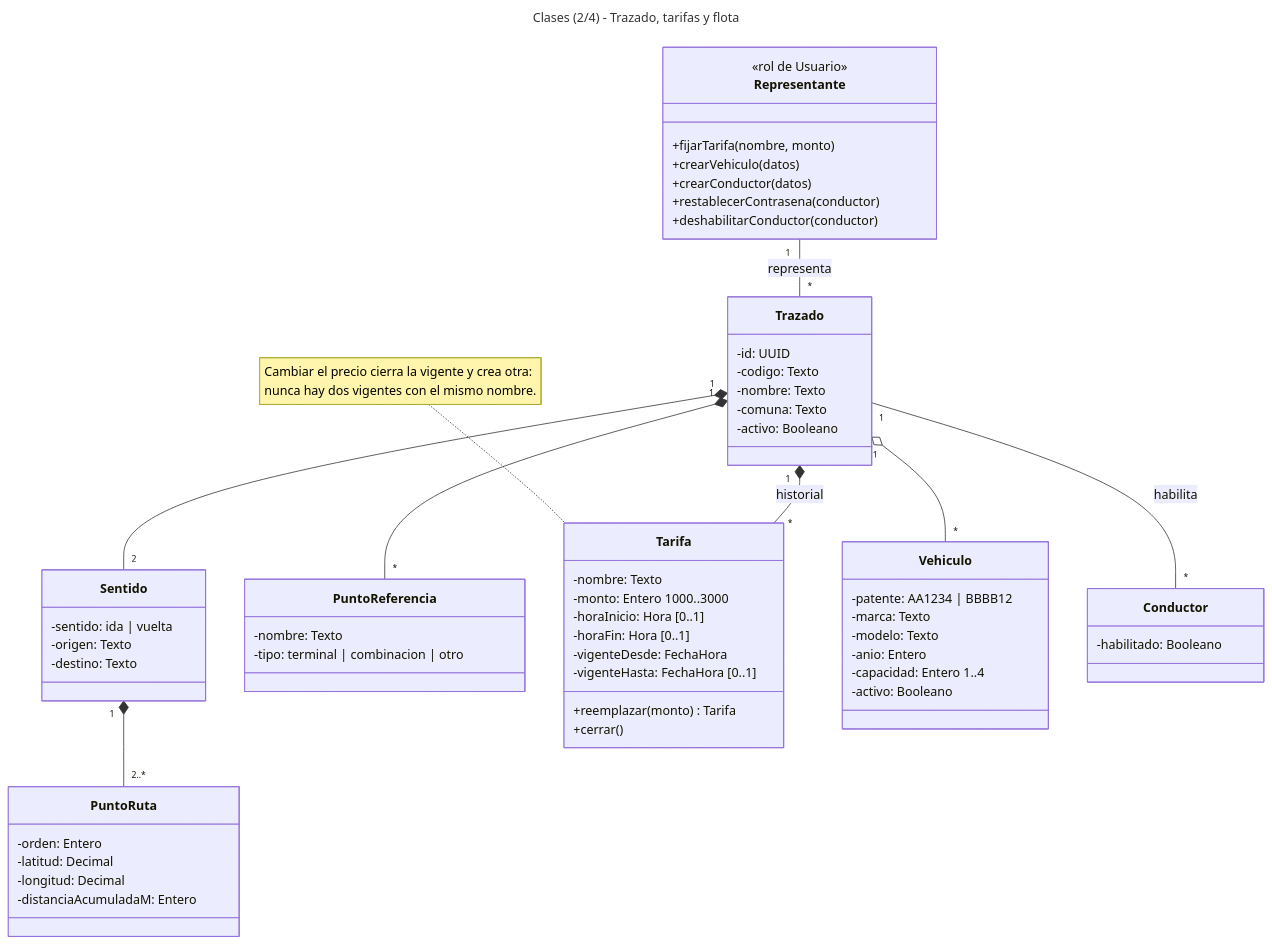
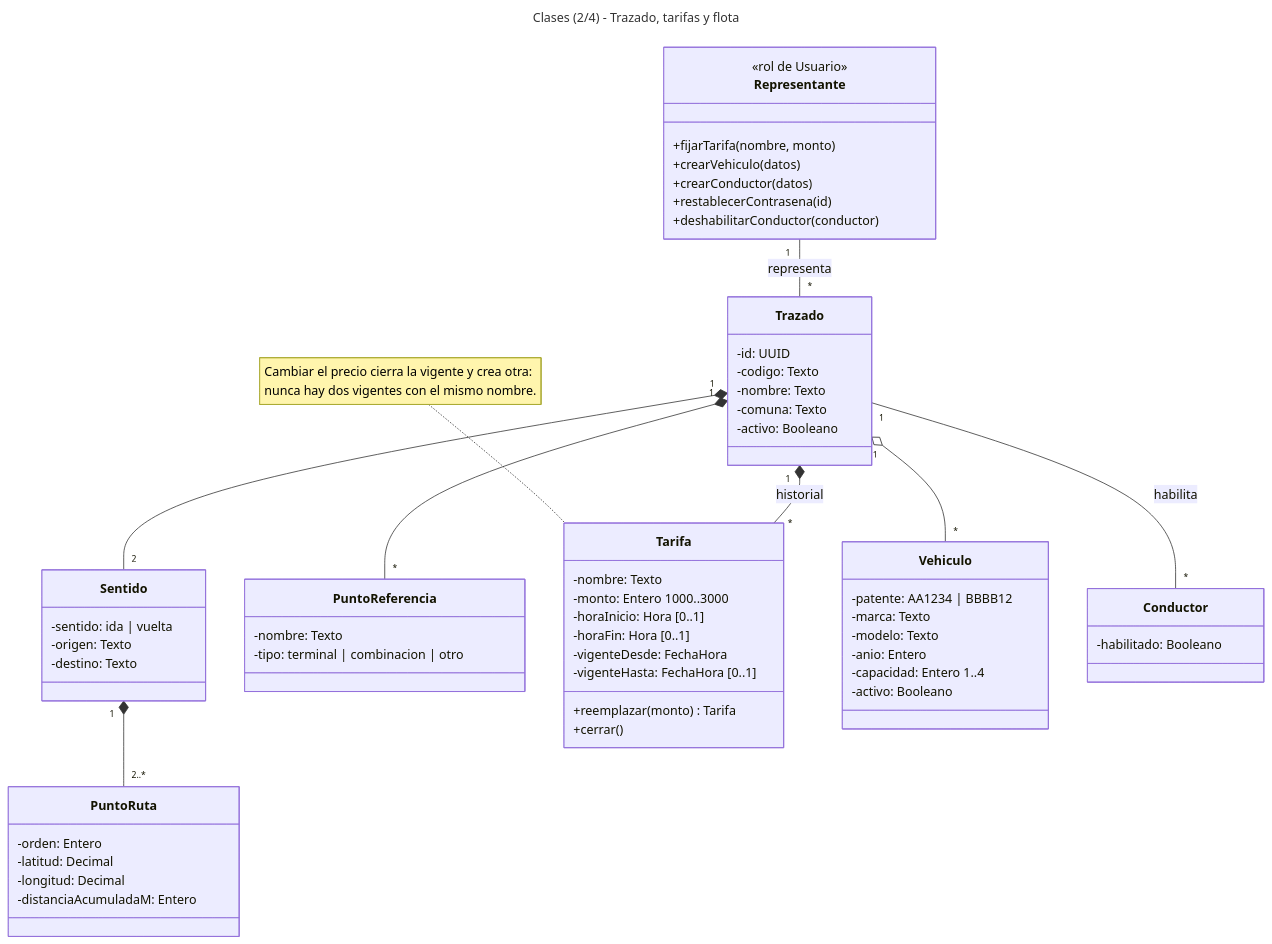
One commit to bejota64/colectivos changed the diagram in docs/uml/04-clases-trazado.mmd. Above: the diagram before and after it, drawn with Mermaid. The commit also changed 7 other files, not shown here.

Commit message:
Informe de la Eva 4 y diagramas UML mas legibles

```diff
--- a/docs/uml/04-clases-trazado.mmd
+++ b/docs/uml/04-clases-trazado.mmd
@@ -1,65 +1,65 @@
 ---
 title: Clases (2/4) - Trazado, tarifas y flota
 ---
 classDiagram
   direction TB
   class Trazado {
     -id: UUID
     -codigo: Texto
     -nombre: Texto
     -comuna: Texto
     -activo: Booleano
   }
   class Sentido {
     -sentido: ida | vuelta
     -origen: Texto
     -destino: Texto
   }
   class PuntoRuta {
     -orden: Entero
     -latitud: Decimal
     -longitud: Decimal
     -distanciaAcumuladaM: Entero
   }
   class PuntoReferencia {
     -nombre: Texto
     -tipo: terminal | combinacion | otro
   }
   class Tarifa {
     -nombre: Texto
     -monto: Entero 1000..3000
     -horaInicio: Hora [0..1]
     -horaFin: Hora [0..1]
     -vigenteDesde: FechaHora
     -vigenteHasta: FechaHora [0..1]
     +reemplazar(monto) Tarifa
     +cerrar()
   }
   class Vehiculo {
     -patente: AA1234 | BBBB12
     -marca: Texto
     -modelo: Texto
     -anio: Entero
     -capacidad: Entero 1..4
     -activo: Booleano
   }
   class Conductor {
     -habilitado: Booleano
   }
   class Representante {
     <<rol de Usuario>>
     +fijarTarifa(nombre, monto)
     +crearVehiculo(datos)
     +crearConductor(datos)
-    +restablecerContrasena(conductor)
+    +restablecerContrasena(id)
     +deshabilitarConductor(conductor)
   }
   Representante "1" -- "*" Trazado : representa
   Trazado "1" *-- "2" Sentido
   Sentido "1" *-- "2..*" PuntoRuta
   Trazado "1" *-- "*" PuntoReferencia
   Trazado "1" *-- "*" Tarifa : historial
   Trazado "1" o-- "*" Vehiculo
   Trazado "1" -- "*" Conductor : habilita
   note for Tarifa "Cambiar el precio cierra la vigente y crea otra:
 nunca hay dos vigentes con el mismo nombre."
```
